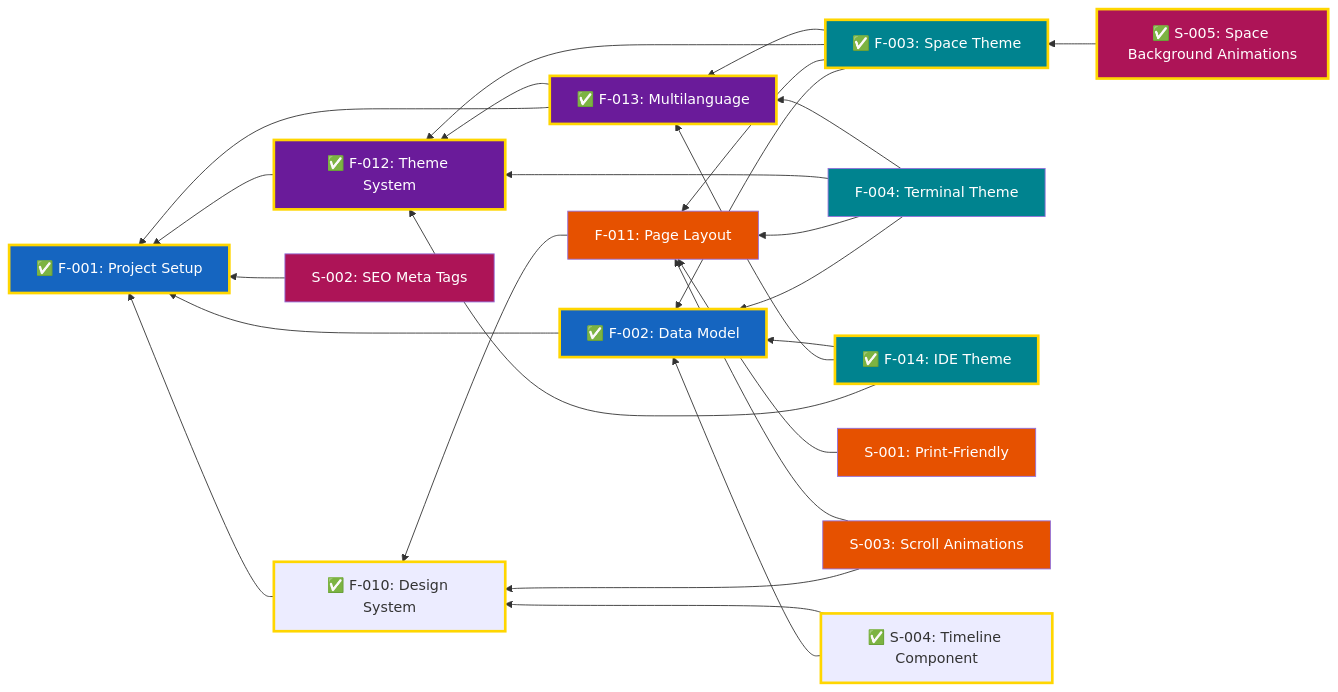
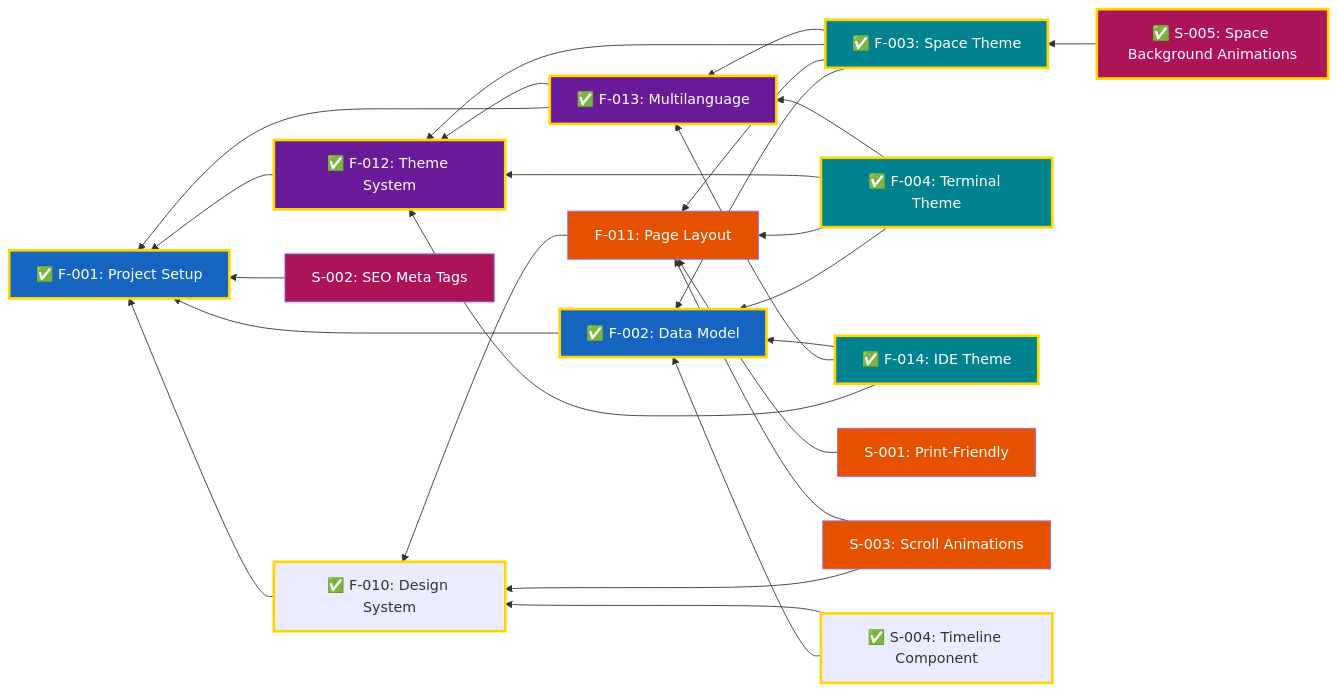
One commit to garcipat/cv-website changed the diagram in docs/Features.md. Above: the diagram before and after it, drawn with Mermaid. The commit also changed other lines of this file and 14 other files, not shown here.

Commit message:
implemet terminal theme

````diff
--- a/docs/Features.md
+++ b/docs/Features.md
@@ -69,64 +69,65 @@
 ```mermaid
 graph RL
     F001["✅ F-001: Project Setup"]
     F002["✅ F-002: Data Model"]
     F003["✅ F-003: Space Theme"]
-    F004["F-004: Terminal Theme"]
+    F004["✅ F-004: Terminal Theme"]
     F010["✅ F-010: Design System"]
     F011["F-011: Page Layout"]
     F012["✅ F-012: Theme System"]
     F013["✅ F-013: Multilanguage"]
     F014["✅ F-014: IDE Theme"]
     S001["S-001: Print-Friendly"]
     S002["S-002: SEO Meta Tags"]
     S003["S-003: Scroll Animations"]
     S004["✅ S-004: Timeline Component"]
     S005["✅ S-005: Space Background Animations"]
 
     F003 --> F002
     F003 --> F011
     F003 --> F012
     F003 --> F013
     F004 --> F002
     F004 --> F011
     F004 --> F012
     F004 --> F013
     F002 --> F001
     F010 --> F001
     F011 --> F010
     F012 --> F001
     F013 --> F001
     F013 --> F012
     F014 --> F012
     F014 --> F013
     F014 --> F002
     S001 --> F011
     S002 --> F001
     S003 --> F010
     S003 --> F011
     S004 --> F002
     S004 --> F010
     S005 --> F003
 
     classDef done stroke:#FFD600,stroke-width:3px
     classDef projectSetup fill:#1565C0,color:#ffffff
     classDef layoutNavigation fill:#E65100,color:#ffffff
     classDef themeInfrastructure fill:#6A1B9A,color:#ffffff
     classDef themes fill:#00838F,color:#ffffff
     classDef enhancements fill:#AD1457,color:#ffffff
 
     class F001 done
     class F002 done
     class F001,F002 projectSetup
     class F010 done
     class F012 done
     class F013 done
     class F003 done
+    class F004 done
     class F003,F004,F014 themes
     class F011,S001,S003 layoutNavigation
     class F012,F013 themeInfrastructure
     class F014 done
     class S004 done
     class S002,S005 enhancements
     class S005 done
 ```
````
